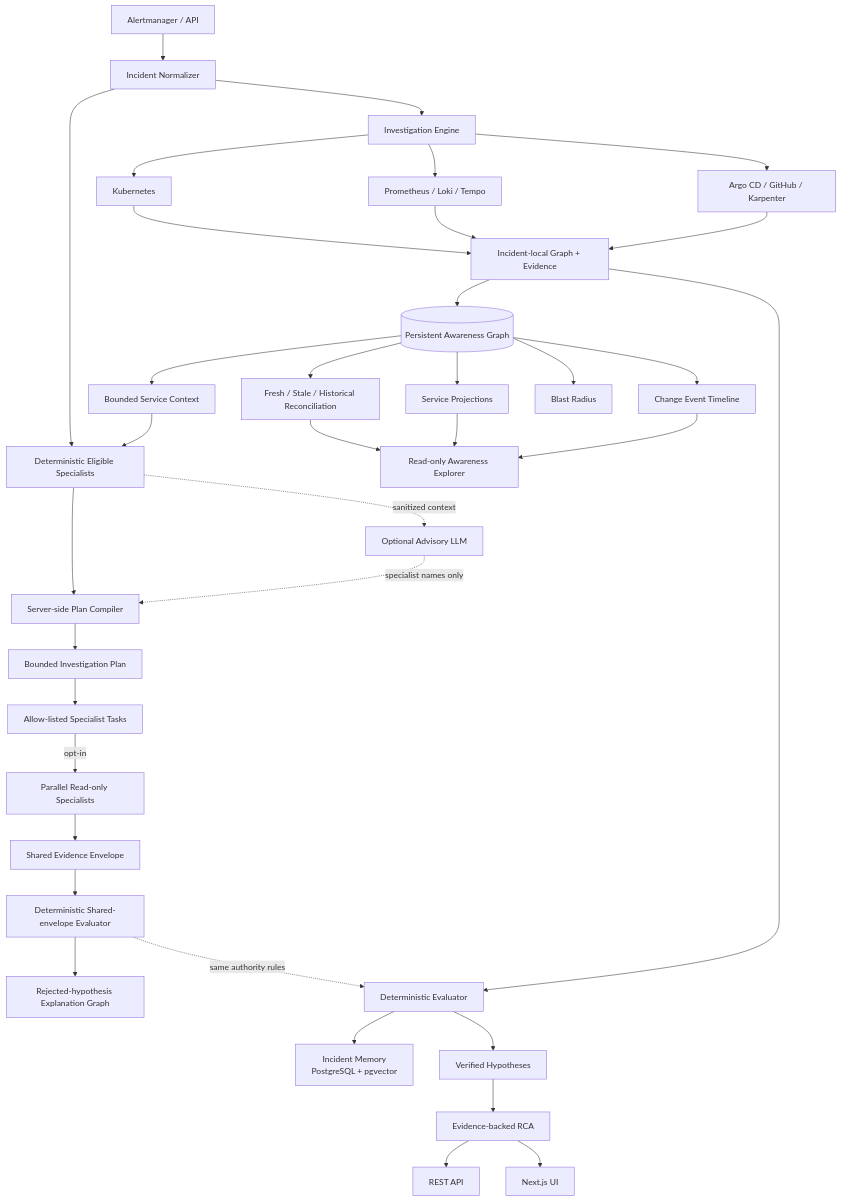
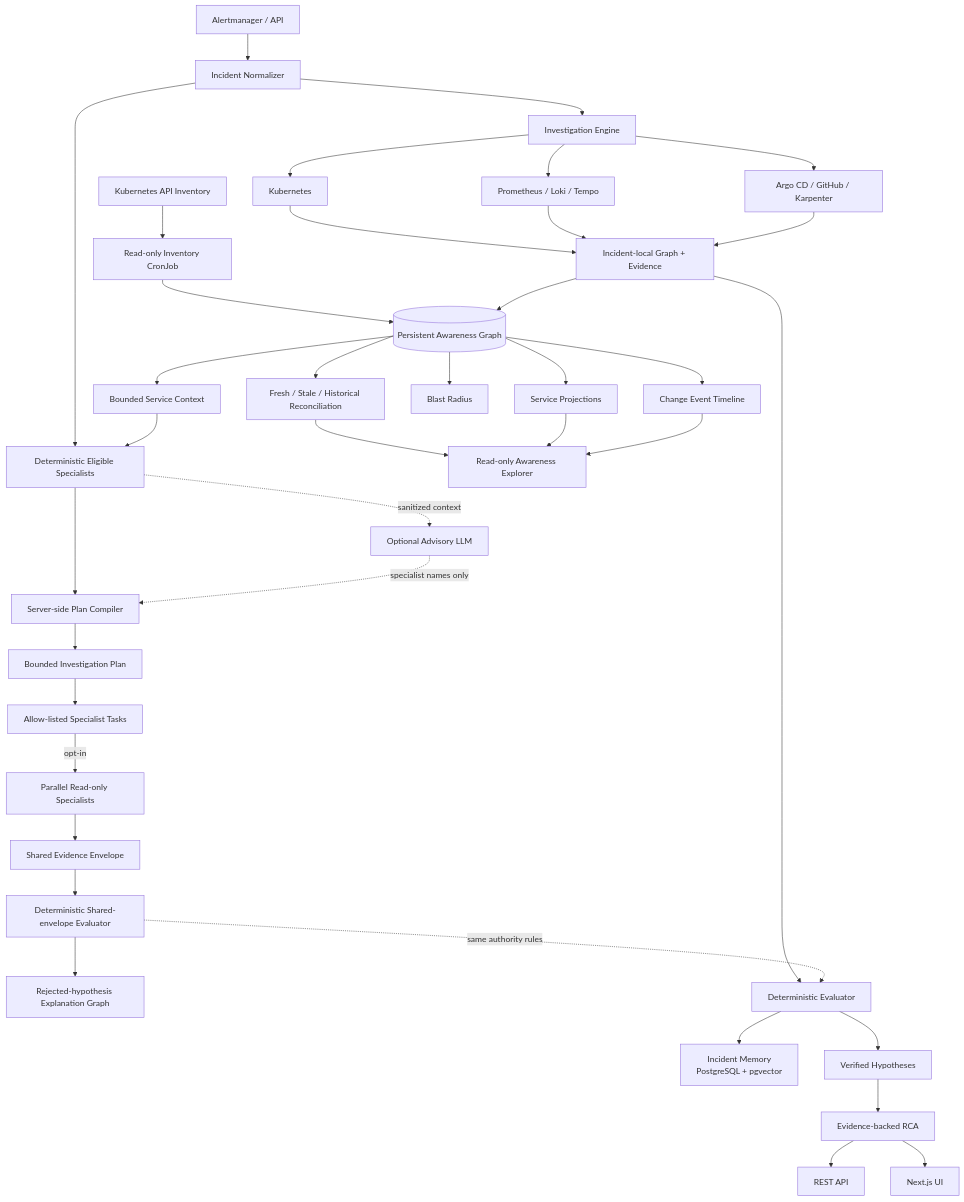
Before and after one commit to marcocristofolini/ai-sre-rca: the first of 7 diagrams in README.md, drawn with Mermaid. The commit also changed other lines of this file, not shown here.

Commit message:
docs: describe automatic Kubernetes inventory reconciliation

````diff
--- a/README.md
+++ b/README.md
@@ -124,42 +125,44 @@
 ```mermaid
 flowchart TD
     A[Alertmanager / API] --> N[Incident Normalizer]
     N --> EL[Deterministic Eligible Specialists]
     N --> E[Investigation Engine]
 
-    G[(Persistent Awareness Graph)] --> C[Bounded Service Context]
+    KI[Kubernetes API Inventory] --> IC[Read-only Inventory CronJob]
+    IC --> G[(Persistent Awareness Graph)]
+    G --> C[Bounded Service Context]
     C --> EL
     EL --> PC[Server-side Plan Compiler]
     EL -. sanitized context .-> ADV[Optional Advisory LLM]
     ADV -. specialist names only .-> PC
     PC --> P[Bounded Investigation Plan]
     P --> T[Allow-listed Specialist Tasks]
     T -->|opt-in| X[Parallel Read-only Specialists]
     X --> SE[Shared Evidence Envelope]
     SE --> V[Deterministic Shared-envelope Evaluator]
     V --> EG[Rejected-hypothesis Explanation Graph]
 
     E --> K[Kubernetes]
     E --> O[Prometheus / Loki / Tempo]
     E --> CH[Argo CD / GitHub / Karpenter]
     K --> L[Incident-local Graph + Evidence]
     O --> L
     CH --> L
 
     L --> G
     G --> R[Fresh / Stale / Historical Reconciliation]
     G --> S[Service Projections]
     G --> B[Blast Radius]
     G --> CE[Change Event Timeline]
     R --> AUI[Read-only Awareness Explorer]
     S --> AUI
     CE --> AUI
 
     L --> D[Deterministic Evaluator]
     V -. same authority rules .-> D
     D --> M[Incident Memory<br/>PostgreSQL + pgvector]
     D --> H[Verified Hypotheses]
     H --> RCA[Evidence-backed RCA]
     RCA --> API[REST API]
     RCA --> UI[Next.js UI]
 ```
````
